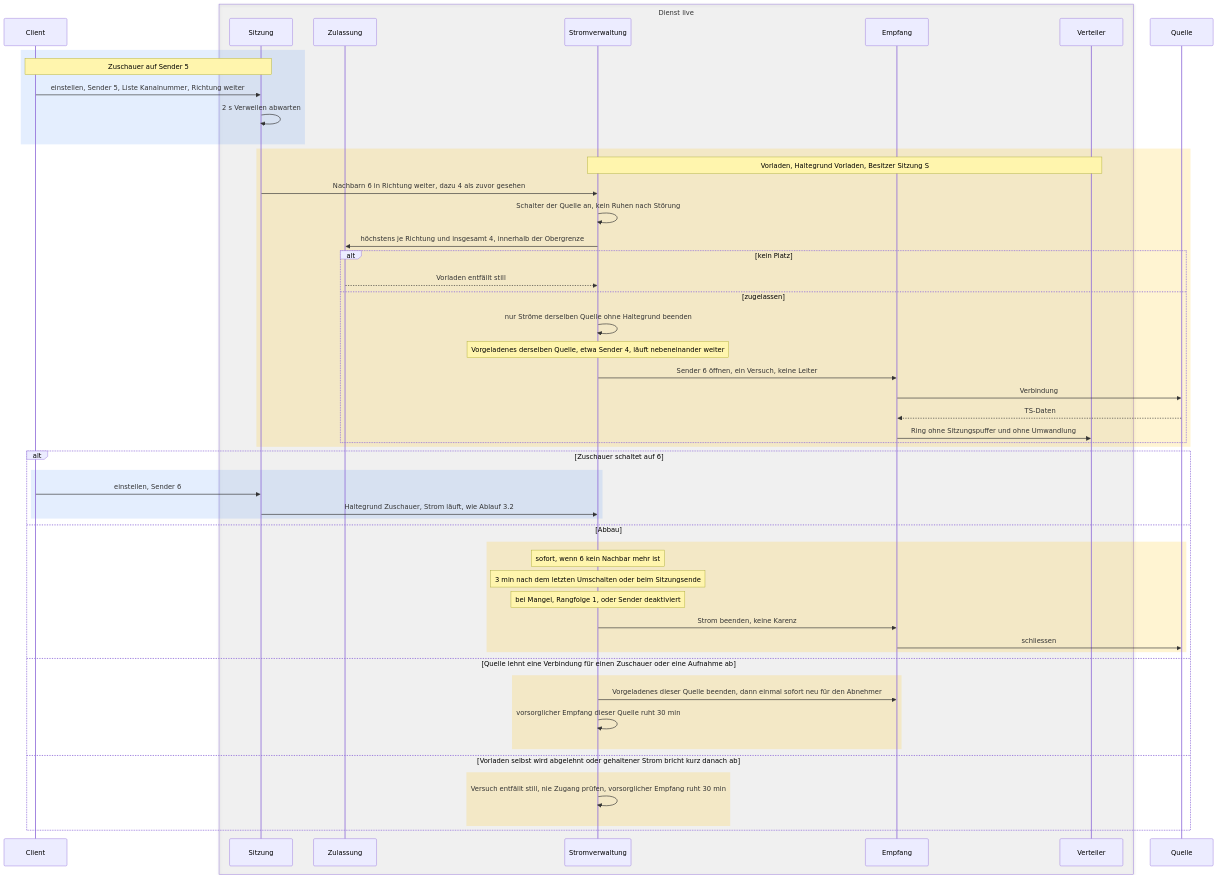
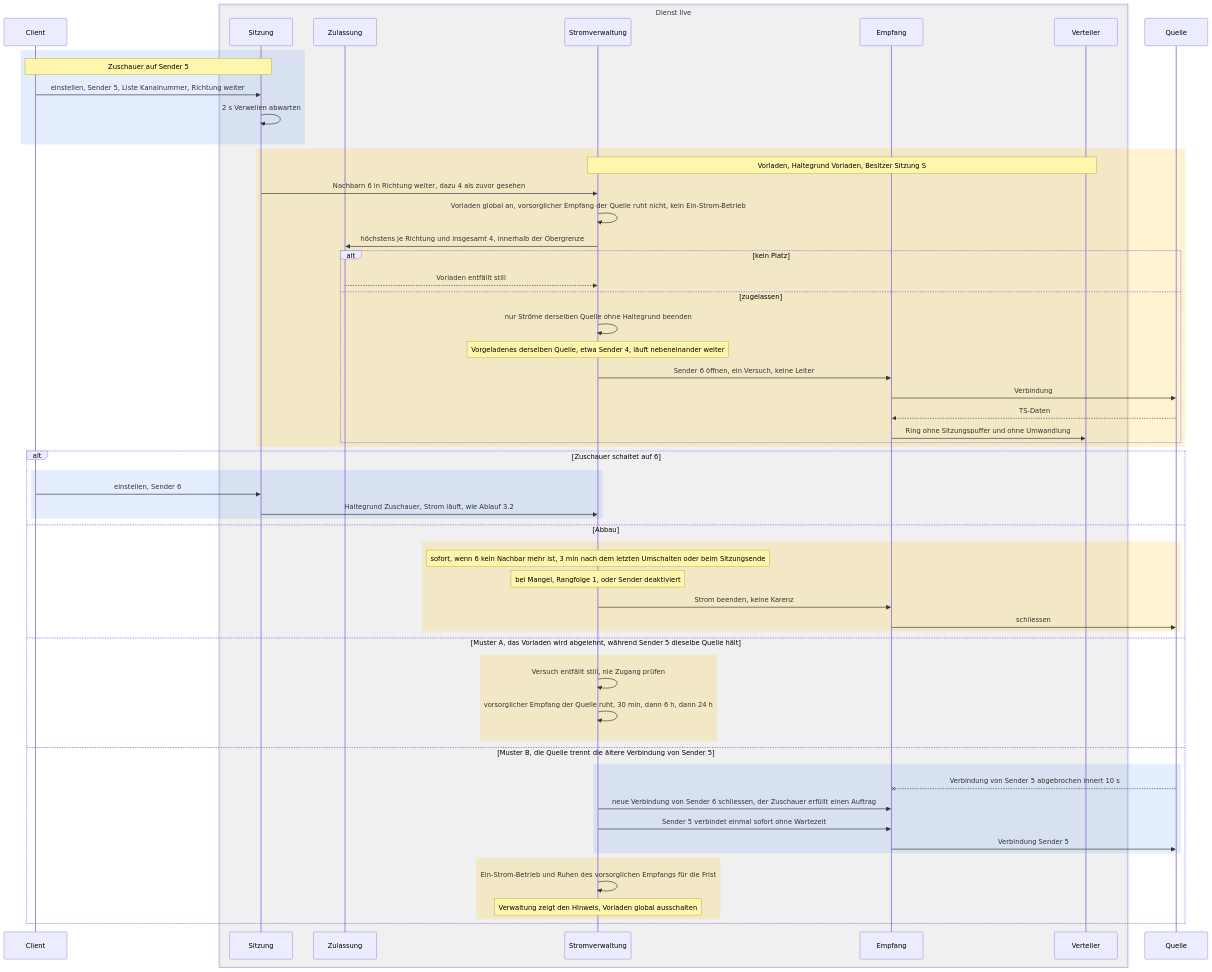
Diagram 21 of 23 in docs/planning/28-live-tv/06-ablaeufe.md (SlouchCat/slouchcat), drawn with Mermaid before and after one commit. The commit also changed other lines of this file, not shown here.

Commit message:
docs(planning): concept 28 live TV, flows version 3 for architecture version 4

````diff
--- a/docs/planning/28-live-tv/06-ablaeufe.md
+++ b/docs/planning/28-live-tv/06-ablaeufe.md
@@ -1531,57 +1629,63 @@
 ```mermaid
 sequenceDiagram
   participant CL as Client
   box rgba(128,128,128,0.08) Dienst live
     participant SES as Sitzung
     participant ZUL as Zulassung
     participant STR as Stromverwaltung
     participant EMP as Empfang
     participant VT as Verteiler
   end
   participant Q as Quelle
 
   rect rgba(66,135,245,0.14)
     Note over CL,SES: Zuschauer auf Sender 5
     CL->>SES: einstellen, Sender 5, Liste Kanalnummer, Richtung weiter
     SES->>SES: 2 s Verweilen abwarten
   end
   rect rgba(255,193,7,0.18)
     Note over STR,VT: Vorladen, Haltegrund Vorladen, Besitzer Sitzung S
     SES->>STR: Nachbarn 6 in Richtung weiter, dazu 4 als zuvor gesehen
-    STR->>STR: Schalter der Quelle an, kein Ruhen nach Störung
+    STR->>STR: Vorladen global an, vorsorglicher Empfang der Quelle ruht nicht, kein Ein-Strom-Betrieb
     STR->>ZUL: höchstens je Richtung und insgesamt 4, innerhalb der Obergrenze
     alt kein Platz
       ZUL-->>STR: Vorladen entfällt still
     else zugelassen
       STR->>STR: nur Ströme derselben Quelle ohne Haltegrund beenden
       Note over STR: Vorgeladenes derselben Quelle, etwa Sender 4, läuft nebeneinander weiter
       STR->>EMP: Sender 6 öffnen, ein Versuch, keine Leiter
       EMP->>Q: Verbindung
       Q-->>EMP: TS-Daten
       EMP->>VT: Ring ohne Sitzungspuffer und ohne Umwandlung
     end
   end
   alt Zuschauer schaltet auf 6
     rect rgba(66,135,245,0.14)
       CL->>SES: einstellen, Sender 6
       SES->>STR: Haltegrund Zuschauer, Strom läuft, wie Ablauf 3.2
     end
   else Abbau
     rect rgba(255,193,7,0.18)
-      Note over STR: sofort, wenn 6 kein Nachbar mehr ist
-      Note over STR: 3 min nach dem letzten Umschalten oder beim Sitzungsende
+      Note over STR: sofort, wenn 6 kein Nachbar mehr ist, 3 min nach dem letzten Umschalten oder beim Sitzungsende
       Note over STR: bei Mangel, Rangfolge 1, oder Sender deaktiviert
       STR->>EMP: Strom beenden, keine Karenz
       EMP->>Q: schliessen
     end
-  else Quelle lehnt eine Verbindung für einen Zuschauer oder eine Aufnahme ab
+  else Muster A, das Vorladen wird abgelehnt, während Sender 5 dieselbe Quelle hält
     rect rgba(255,193,7,0.18)
-      STR->>EMP: Vorgeladenes dieser Quelle beenden, dann einmal sofort neu für den Abnehmer
-      STR->>STR: vorsorglicher Empfang dieser Quelle ruht 30 min
+      STR->>STR: Versuch entfällt still, nie Zugang prüfen
+      STR->>STR: vorsorglicher Empfang der Quelle ruht, 30 min, dann 6 h, dann 24 h
     end
-  else Vorladen selbst wird abgelehnt oder gehaltener Strom bricht kurz danach ab
+  else Muster B, die Quelle trennt die ältere Verbindung von Sender 5
+    rect rgba(66,135,245,0.14)
+      Q--xEMP: Verbindung von Sender 5 abgebrochen innert 10 s
+      STR->>EMP: neue Verbindung von Sender 6 schliessen, der Zuschauer erfüllt einen Auftrag
+      STR->>EMP: Sender 5 verbindet einmal sofort ohne Wartezeit
+      EMP->>Q: Verbindung Sender 5
+    end
     rect rgba(255,193,7,0.18)
-      STR->>STR: Versuch entfällt still, nie Zugang prüfen, vorsorglicher Empfang ruht 30 min
+      STR->>STR: Ein-Strom-Betrieb und Ruhen des vorsorglichen Empfangs für die Frist
+      Note over STR: Verwaltung zeigt den Hinweis, Vorladen global ausschalten
     end
   end
 ```
````
